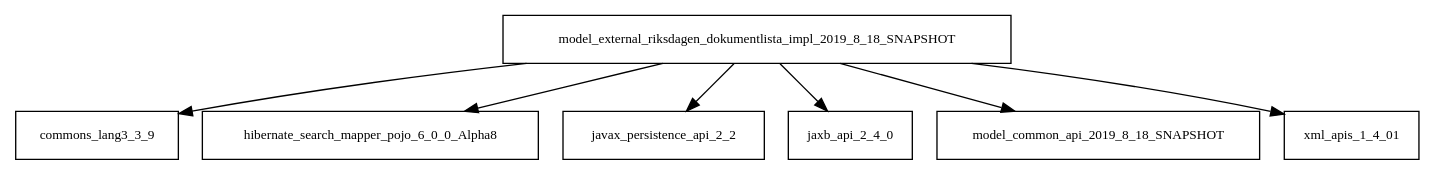
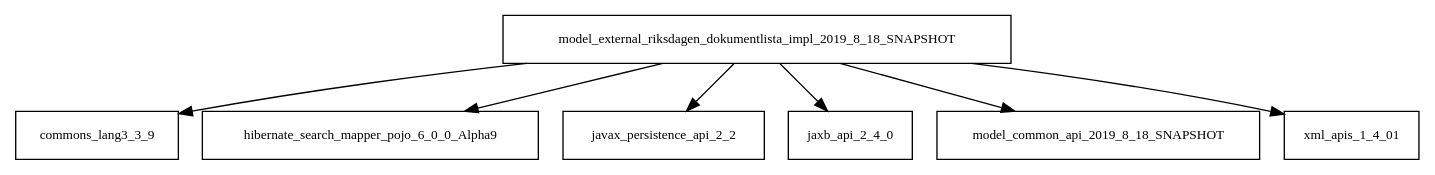
One commit to Hack23/cia changed the diagram in tattleTaleReport/graphviz/model.external.riksdagen.dokumentlista.impl-2019.8.18-SNAPSHOT.jar/model.external.riksdagen.dokumentlista.impl-2019.8.18-SNAPSHOT.jar.dot. Above: the diagram before and after it, drawn with Graphviz. The commit also changed 2280 other files, not shown here.

```diff
--- a/tattleTaleReport/graphviz/model.external.riksdagen.dokumentlista.impl-2019.8.18-SNAPSHOT.jar/model.external.riksdagen.dokumentlista.impl-2019.8.18-SNAPSHOT.jar.dot
+++ b/tattleTaleReport/graphviz/model.external.riksdagen.dokumentlista.impl-2019.8.18-SNAPSHOT.jar/model.external.riksdagen.dokumentlista.impl-2019.8.18-SNAPSHOT.jar.dot
@@ -1,9 +1,9 @@
 digraph model_external_riksdagen_dokumentlista_impl_2019_8_18_SNAPSHOT_dependencies {
   node [shape = box, fontsize=10.0];
   model_external_riksdagen_dokumentlista_impl_2019_8_18_SNAPSHOT -> commons_lang3_3_9;
-  model_external_riksdagen_dokumentlista_impl_2019_8_18_SNAPSHOT -> hibernate_search_mapper_pojo_6_0_0_Alpha8;
+  model_external_riksdagen_dokumentlista_impl_2019_8_18_SNAPSHOT -> hibernate_search_mapper_pojo_6_0_0_Alpha9;
   model_external_riksdagen_dokumentlista_impl_2019_8_18_SNAPSHOT -> javax_persistence_api_2_2;
   model_external_riksdagen_dokumentlista_impl_2019_8_18_SNAPSHOT -> jaxb_api_2_4_0;
   model_external_riksdagen_dokumentlista_impl_2019_8_18_SNAPSHOT -> model_common_api_2019_8_18_SNAPSHOT;
   model_external_riksdagen_dokumentlista_impl_2019_8_18_SNAPSHOT -> xml_apis_1_4_01;
 }
```
